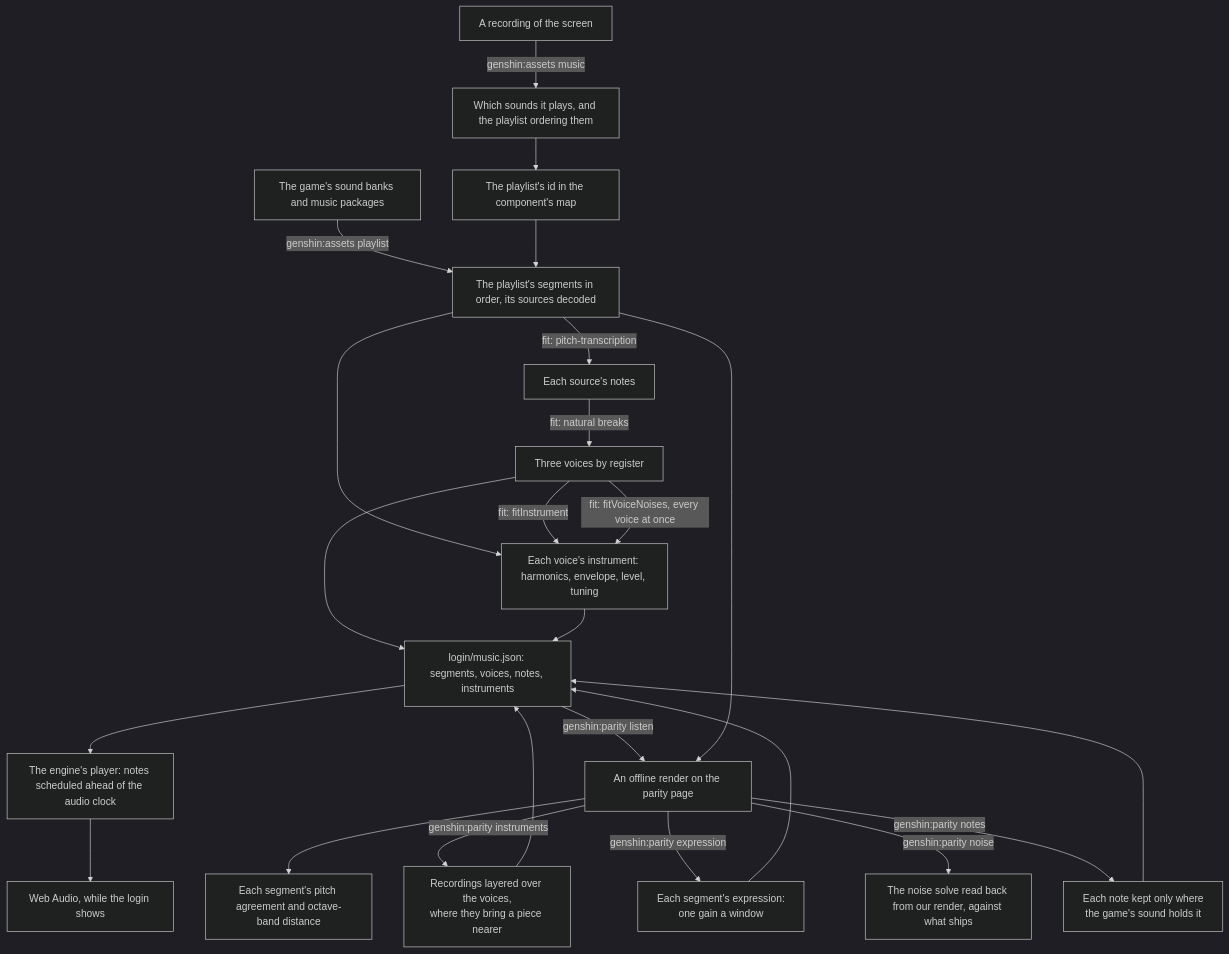
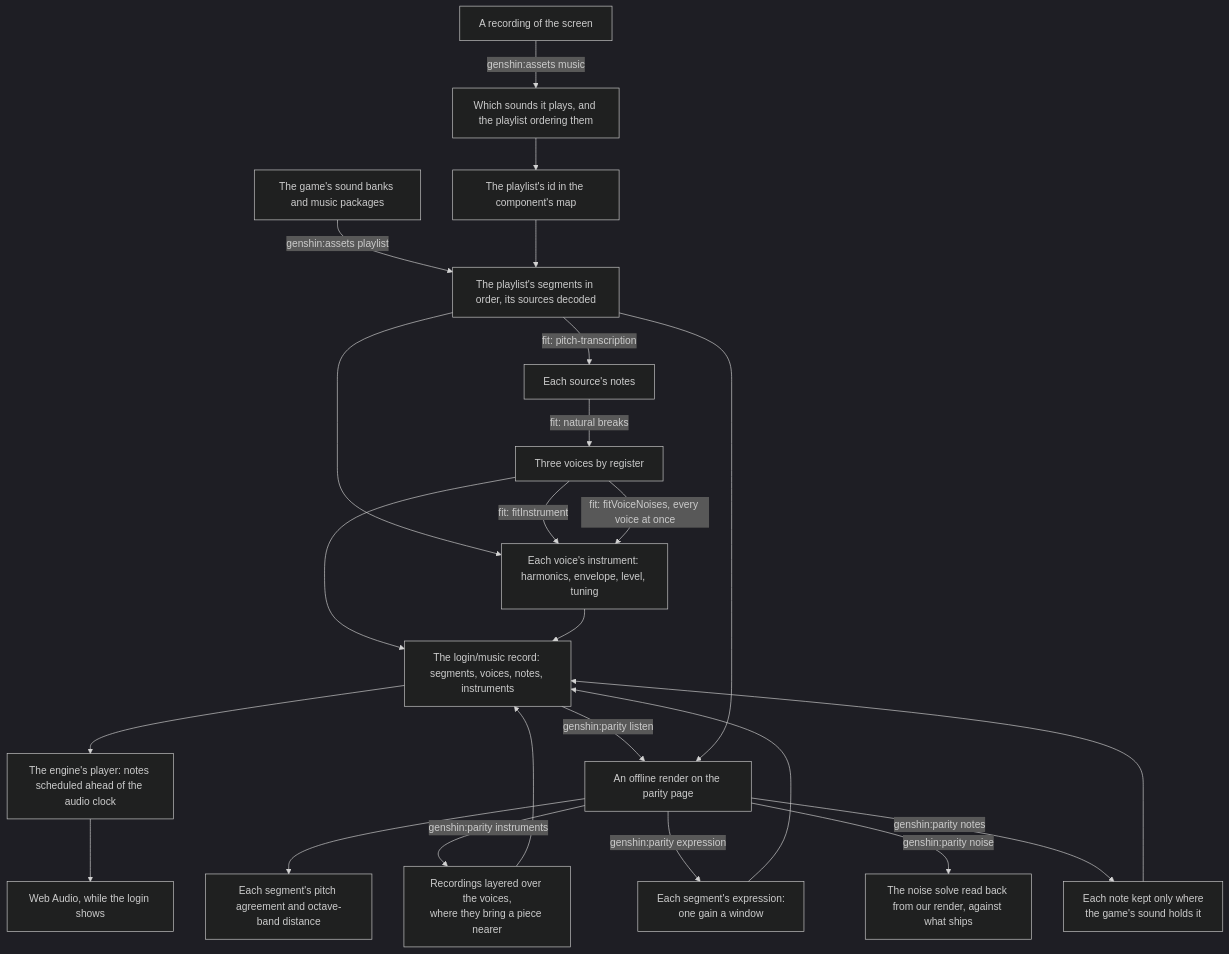
One commit to Esposter/Esposter changed the diagram in apps/web/content/docs/genshin/music.md. Above: the diagram before and after it, drawn with Mermaid (dark theme). The commit also changed other lines of this file and 16 other files, not shown here.

````diff
--- a/apps/web/content/docs/genshin/music.md
+++ b/apps/web/content/docs/genshin/music.md
@@ -12,26 +12,26 @@
 ```mermaid
 flowchart TD
   R["A recording of the screen"] -->|"genshin:assets music"| S["Which sounds it plays, and the playlist ordering them"]
   S --> M["The playlist's id in the component's map"]
   B["The game's sound banks and music packages"] -->|"genshin:assets playlist"| P["The playlist's segments in order, its sources decoded"]
   M --> P
   P -->|"fit: pitch-transcription"| N["Each source's notes"]
   N -->|"fit: natural breaks"| V["Three voices by register"]
   P --> I
   V -->|"fit: fitInstrument"| I["Each voice's instrument: harmonics, envelope, level, tuning"]
   V -->|"fit: fitVoiceNoises, every voice at once"| I
-  V --> J["login/music.json: segments, voices, notes, instruments"]
+  V --> J["The login/music record: segments, voices, notes, instruments"]
   I --> J
   J --> E["The engine's player: notes scheduled ahead of the audio clock"]
   E --> W["Web Audio, while the login shows"]
   J -->|"genshin:parity listen"| L["An offline render on the parity page"]
   P --> L
   L --> C["Each segment's pitch agreement and octave-band distance"]
   L -->|"genshin:parity instruments"| K["Recordings layered over the voices,<br/>where they bring a piece nearer"]
   K --> J
   L -->|"genshin:parity expression"| X["Each segment's expression:<br/>one gain a window"]
   X --> J
   L -->|"genshin:parity noise"| R2["The noise solve read back from our render, against what ships"]
   L -->|"genshin:parity notes"| D["Each note kept only where<br/>the game's sound holds it"]
   D --> J
 ```
````
